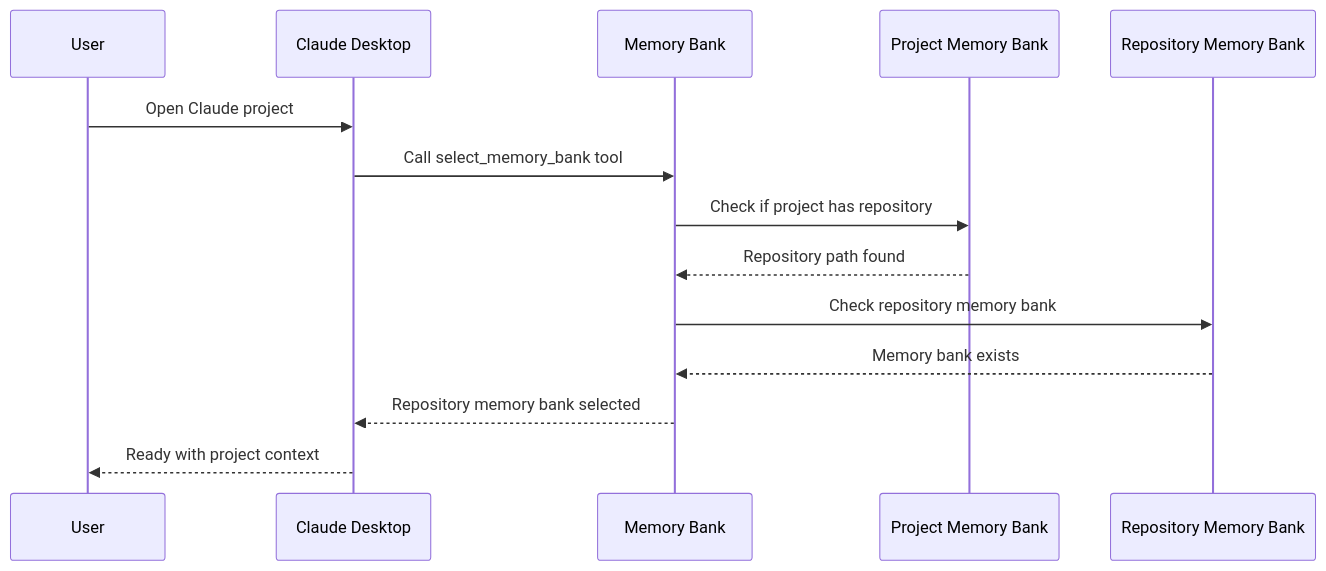
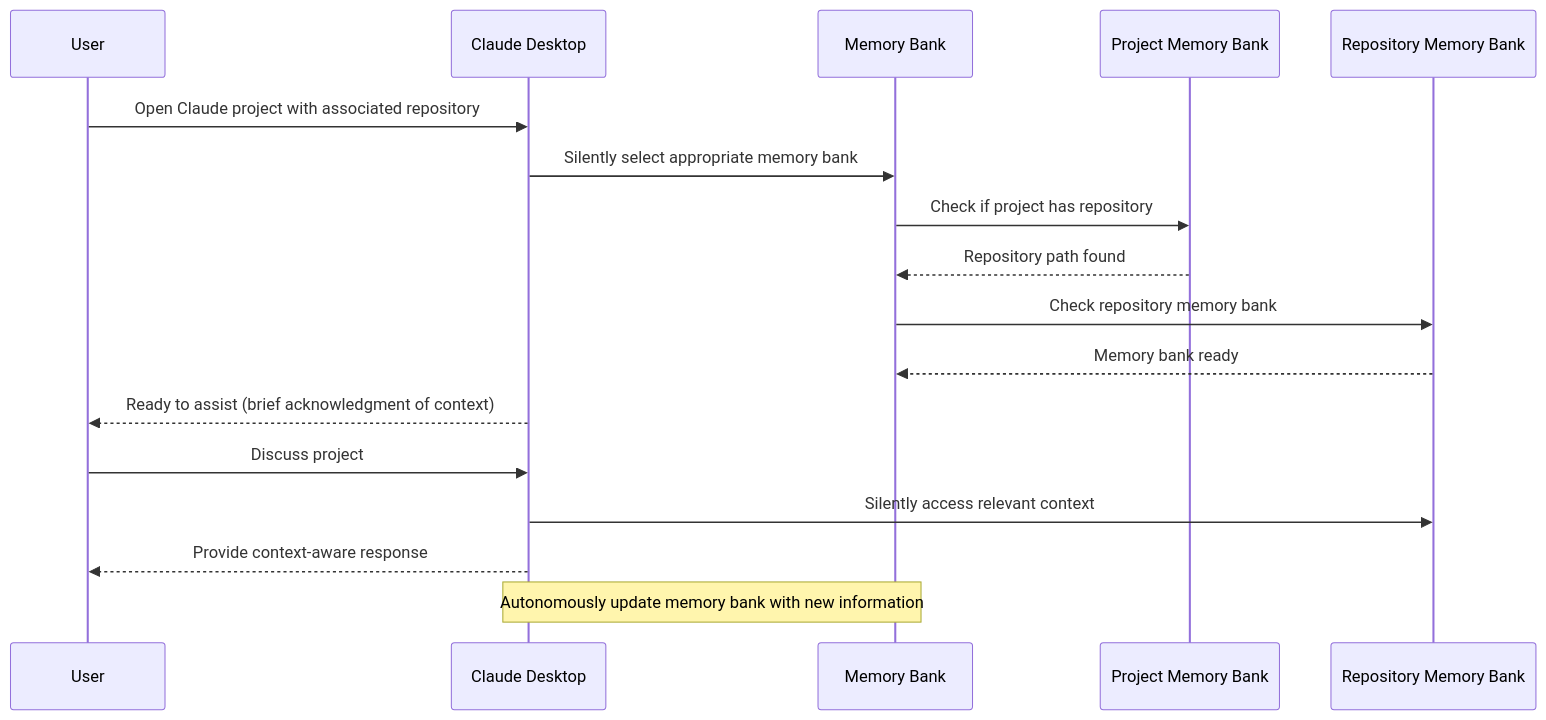
Before and after one commit to philippe-guerit/claude-desktop-memory-bank: the fourth of 4 diagrams in doc/usage-guide.md, drawn with Mermaid. The commit also changed other lines of this file and 4 other files, not shown here.

````diff
--- a/doc/usage-guide.md
+++ b/doc/usage-guide.md
@@ -338,17 +278,20 @@
 ```mermaid
 sequenceDiagram
     participant User
     participant Claude as Claude Desktop
     participant MB as Memory Bank
     participant Project as Project Memory Bank
     participant Repo as Repository Memory Bank
     
-    User->>Claude: Open Claude project
-    Claude->>MB: Call select_memory_bank tool
+    User->>Claude: Open Claude project with associated repository
+    Claude->>MB: Silently select appropriate memory bank
     MB->>Project: Check if project has repository
     Project-->>MB: Repository path found
     MB->>Repo: Check repository memory bank
-    Repo-->>MB: Memory bank exists
-    MB-->>Claude: Repository memory bank selected
-    Claude-->>User: Ready with project context
+    Repo-->>MB: Memory bank ready
+    Claude-->>User: Ready to assist (brief acknowledgment of context)
+    User->>Claude: Discuss project
+    Claude->>Repo: Silently access relevant context
+    Claude-->>User: Provide context-aware response
+    Note over Claude,MB: Autonomously update memory bank with new information
 ```
````
